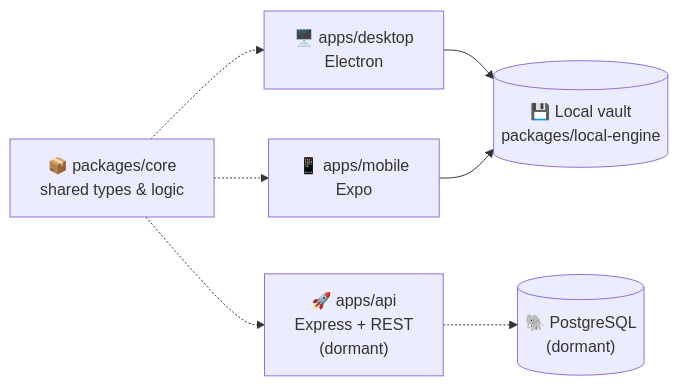
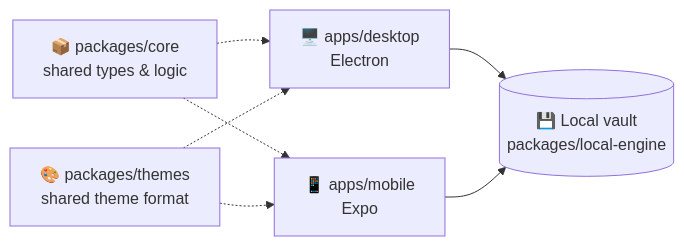
One commit to sunil3092/Simplekasten changed the diagram in README.md. Above: the diagram before and after it, drawn with Mermaid. The commit also changed other lines of this file and 9 other files, not shown here.

````diff
--- a/README.md
+++ b/README.md
@@ -20,17 +18,15 @@
 ```mermaid
 graph LR
     Desktop["🖥️ apps/desktop<br/>Electron"]
     Mobile["📱 apps/mobile<br/>Expo"]
     Local[("💾 Local vault<br/>packages/local-engine")]
-    API["🚀 apps/api<br/>Express + REST<br/>(dormant)"]
-    DB[("🐘 PostgreSQL<br/>(dormant)")]
+    Core["📦 packages/core<br/>shared types & logic"]
+    Themes["🎨 packages/themes<br/>shared theme format"]
 
     Desktop --> Local
     Mobile --> Local
-    API -.-> DB
-
-    Core["📦 packages/core<br/>shared types & logic"]
     Core -.-> Desktop
     Core -.-> Mobile
-    Core -.-> API
+    Themes -.-> Desktop
+    Themes -.-> Mobile
 ```
````
